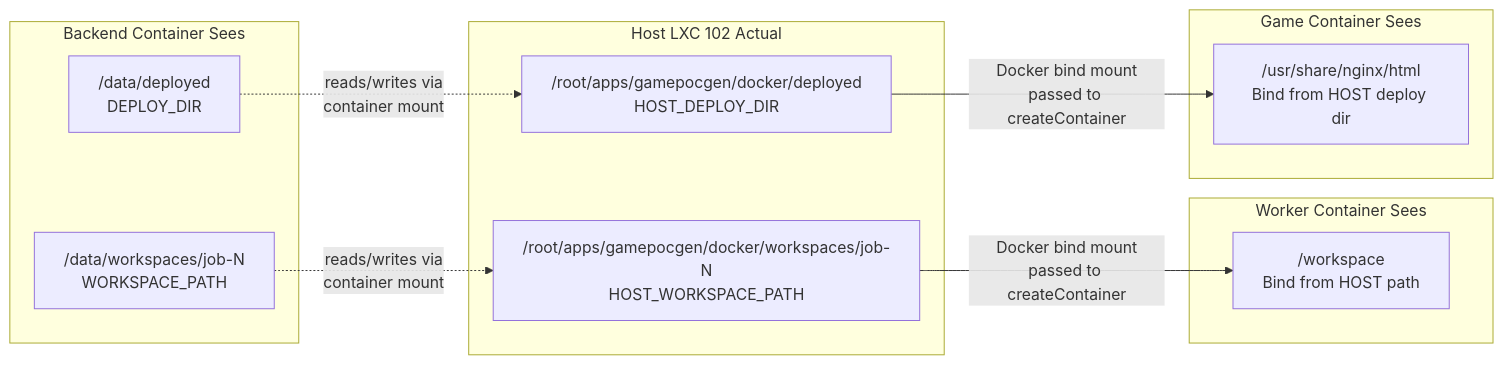
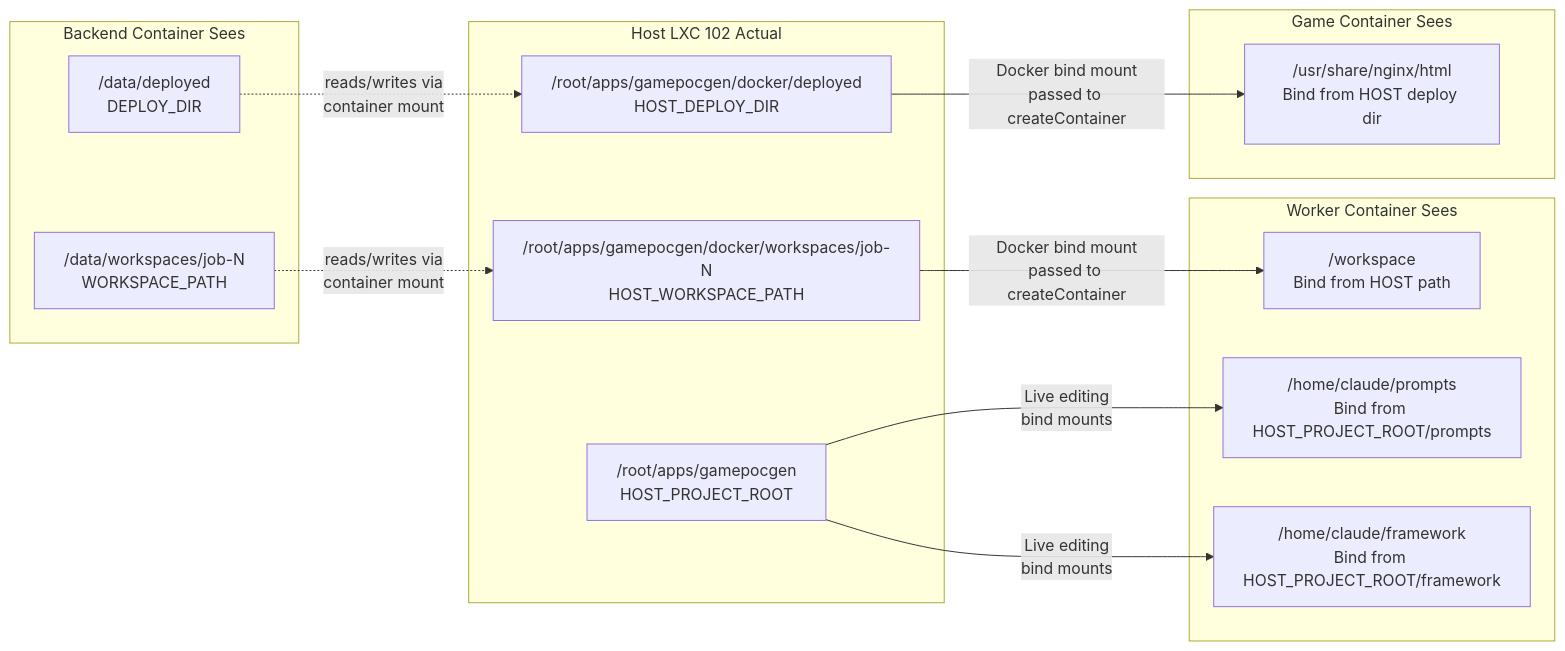
One commit to J-Gierend/gamePocGen changed the third of 7 diagrams in AI/document/05-data-pipelines.md. Above: the diagram before and after it, drawn with Mermaid. The commit also changed other lines of this file and 5 other files, not shown here.

````diff
--- a/AI/document/05-data-pipelines.md
+++ b/AI/document/05-data-pipelines.md
@@ -48,25 +53,30 @@
 ```mermaid
 flowchart LR
     subgraph "Backend Container Sees"
         BC_WS["/data/workspaces/job-N\nWORKSPACE_PATH"]
         BC_DD["/data/deployed\nDEPLOY_DIR"]
     end
 
     subgraph "Host LXC 102 Actual"
         HOST_WS["/root/apps/gamepocgen/docker/workspaces/job-N\nHOST_WORKSPACE_PATH"]
         HOST_DD["/root/apps/gamepocgen/docker/deployed\nHOST_DEPLOY_DIR"]
+        HOST_PR["/root/apps/gamepocgen\nHOST_PROJECT_ROOT"]
     end
 
     subgraph "Worker Container Sees"
         WC["/workspace\nBind from HOST path"]
+        WC_P["/home/claude/prompts\nBind from HOST_PROJECT_ROOT/prompts"]
+        WC_F["/home/claude/framework\nBind from HOST_PROJECT_ROOT/framework"]
     end
 
     subgraph "Game Container Sees"
         GC["/usr/share/nginx/html\nBind from HOST deploy dir"]
     end
 
     BC_WS -.->|"reads/writes via\ncontainer mount"| HOST_WS
     HOST_WS -->|"Docker bind mount\npassed to createContainer"| WC
+    HOST_PR -->|"Live editing\nbind mounts"| WC_P
+    HOST_PR -->|"Live editing\nbind mounts"| WC_F
     BC_DD -.->|"reads/writes via\ncontainer mount"| HOST_DD
     HOST_DD -->|"Docker bind mount\npassed to createContainer"| GC
 ```
````
